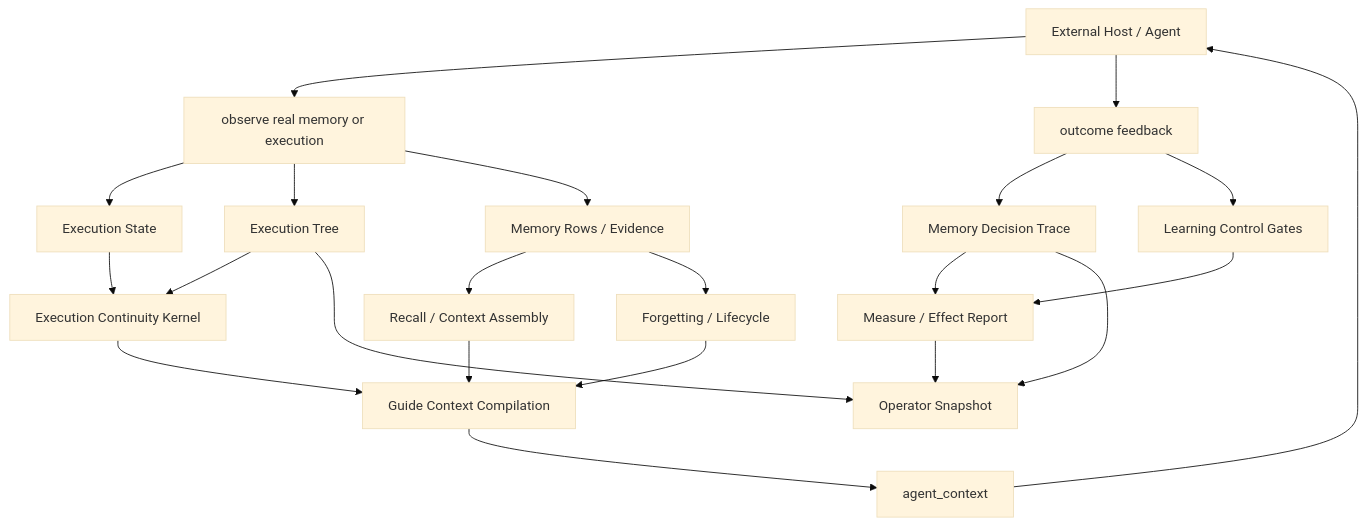
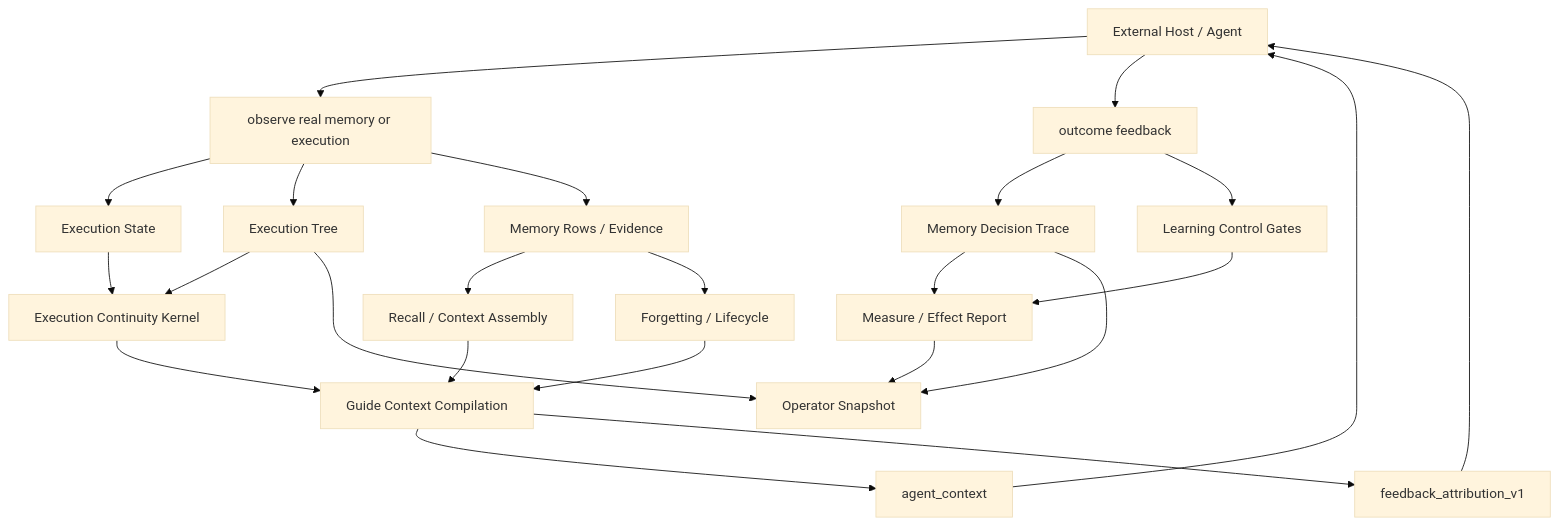
Before and after one commit to ostinatocc/Aionis: the diagram in docs/AIONIS_STATE_MODEL.md, drawn with Mermaid (base theme). The commit also changed other lines of this file and 43 other files, not shown here.

Commit message:
fix(runtime): bind guide feedback to persisted attribution

````diff
--- a/docs/AIONIS_STATE_MODEL.md
+++ b/docs/AIONIS_STATE_MODEL.md
@@ -326,24 +335,26 @@
 ```mermaid
 flowchart TD
   Host["External Host / Agent"] --> Observe["observe real memory or execution"]
   Observe --> ExecState["Execution State"]
   Observe --> ExecTree["Execution Tree"]
   Observe --> MemoryRows["Memory Rows / Evidence"]
   ExecState --> Continuity["Execution Continuity Kernel"]
   ExecTree --> Continuity
   MemoryRows --> Recall["Recall / Context Assembly"]
   Continuity --> Guide["Guide Context Compilation"]
   Recall --> Guide
   Guide --> AgentContext["agent_context"]
+  Guide --> Attribution["feedback_attribution_v1"]
   AgentContext --> Host
+  Attribution --> Host
   Host --> Feedback["outcome feedback"]
   Feedback --> DecisionTrace["Memory Decision Trace"]
   Feedback --> LearningControl["Learning Control Gates"]
   DecisionTrace --> Measure["Measure / Effect Report"]
   LearningControl --> Measure
   MemoryRows --> Forgetting["Forgetting / Lifecycle"]
   Forgetting --> Guide
   Measure --> OperatorSnapshot["Operator Snapshot"]
   ExecTree --> OperatorSnapshot
   DecisionTrace --> OperatorSnapshot
 ```
````
